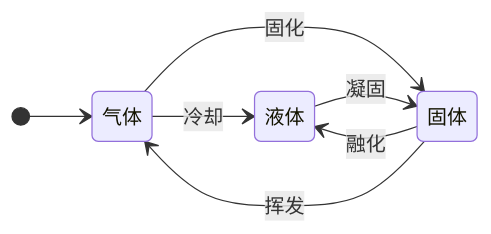
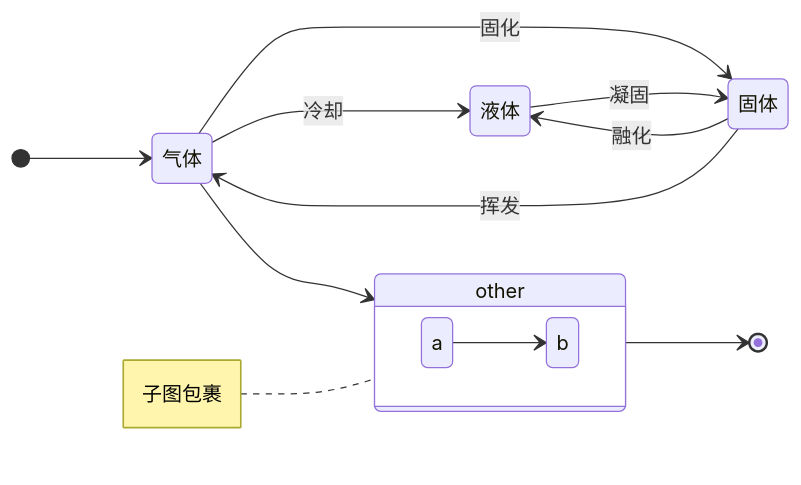
Before and after one commit to Gaohaoyang/gaohaoyang.github.io: the eighth of 8 diagrams in _posts/2015-02-15-jekyll-editor.md, drawn with Mermaid.

Commit message:
更新

```diff
--- a/_posts/2015-02-15-jekyll-editor.md
+++ b/_posts/2015-02-15-jekyll-editor.md
@@ -866,10 +866,19 @@
 <div class="mermaid">
     stateDiagram-v2
     direction LR
     [*] --> 气体
     气体 --> 液体:冷却
     气体 --> 固体:固化
     固体 --> 液体:融化
     液体 --> 固体:凝固
     固体 --> 气体:挥发
+    
+    state other {
+        direction LR
+        a --> b
+    }
+    气体 --> other
+    other --> [*]
+
+    note left of other : 子图包裹
 </div>
```
